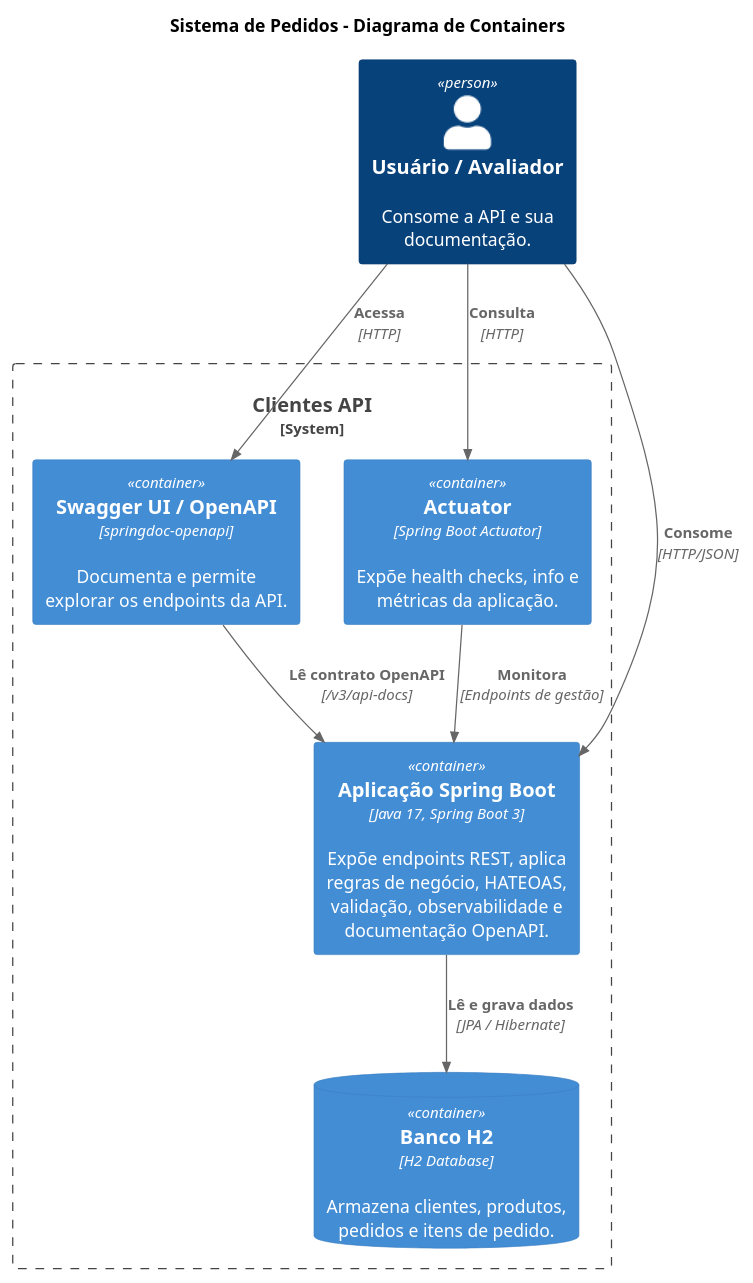
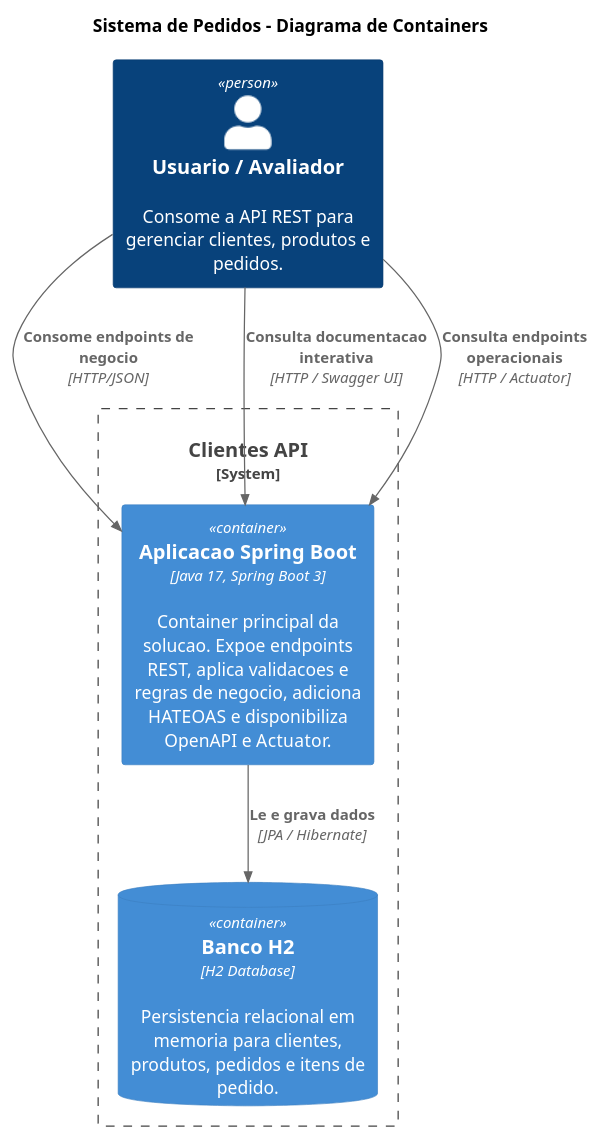
The diagram in doc/02-arquitetura/arquitetura-containers.puml (marcoaureliotomaz/PosXP-DesafioFinal), drawn with PlantUML before and after one commit. The commit also changed 8 other files, not shown here.

```diff
--- a/doc/02-arquitetura/arquitetura-containers.puml
+++ b/doc/02-arquitetura/arquitetura-containers.puml
@@ -1,24 +1,20 @@
 @startuml
 !include https://raw.githubusercontent.com/plantuml-stdlib/C4-PlantUML/master/C4_Container.puml
 
 LAYOUT_TOP_DOWN()
 
 title Sistema de Pedidos - Diagrama de Containers
 
-Person(usuario, "Usuário / Avaliador", "Consome a API e sua documentação.")
+Person(usuario, "Usuario / Avaliador", "Consome a API REST para gerenciar clientes, produtos e pedidos.")
 
 System_Boundary(boundary_api, "Clientes API") {
-    Container(api, "Aplicação Spring Boot", "Java 17, Spring Boot 3", "Expõe endpoints REST, aplica regras de negócio, HATEOAS, validação, observabilidade e documentação OpenAPI.")
-    Container(swagger, "Swagger UI / OpenAPI", "springdoc-openapi", "Documenta e permite explorar os endpoints da API.")
-    Container(actuator, "Actuator", "Spring Boot Actuator", "Expõe health checks, info e métricas da aplicação.")
-    ContainerDb(h2, "Banco H2", "H2 Database", "Armazena clientes, produtos, pedidos e itens de pedido.")
+    Container(api, "Aplicacao Spring Boot", "Java 17, Spring Boot 3", "Container principal da solucao. Expoe endpoints REST, aplica validacoes e regras de negocio, adiciona HATEOAS e disponibiliza OpenAPI e Actuator.")
+    ContainerDb(h2, "Banco H2", "H2 Database", "Persistencia relacional em memoria para clientes, produtos, pedidos e itens de pedido.")
 }
 
-Rel(usuario, api, "Consome", "HTTP/JSON")
-Rel(usuario, swagger, "Acessa", "HTTP")
-Rel(usuario, actuator, "Consulta", "HTTP")
-Rel(swagger, api, "Lê contrato OpenAPI", "/v3/api-docs")
-Rel(api, h2, "Lê e grava dados", "JPA / Hibernate")
-Rel(actuator, api, "Monitora", "Endpoints de gestão")
+Rel(usuario, api, "Consome endpoints de negocio", "HTTP/JSON")
+Rel(usuario, api, "Consulta documentacao interativa", "HTTP / Swagger UI")
+Rel(usuario, api, "Consulta endpoints operacionais", "HTTP / Actuator")
+Rel(api, h2, "Le e grava dados", "JPA / Hibernate")
 
 @enduml
```
